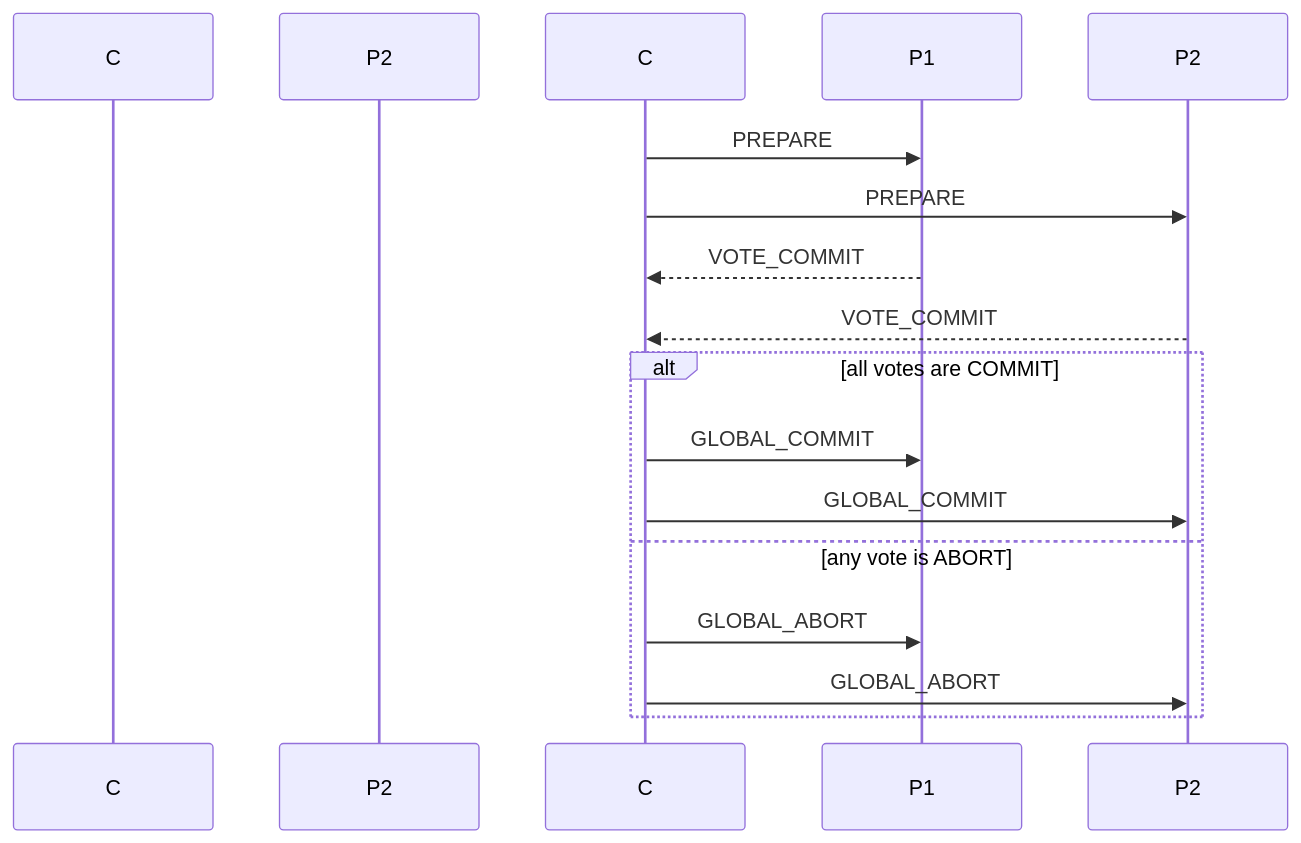
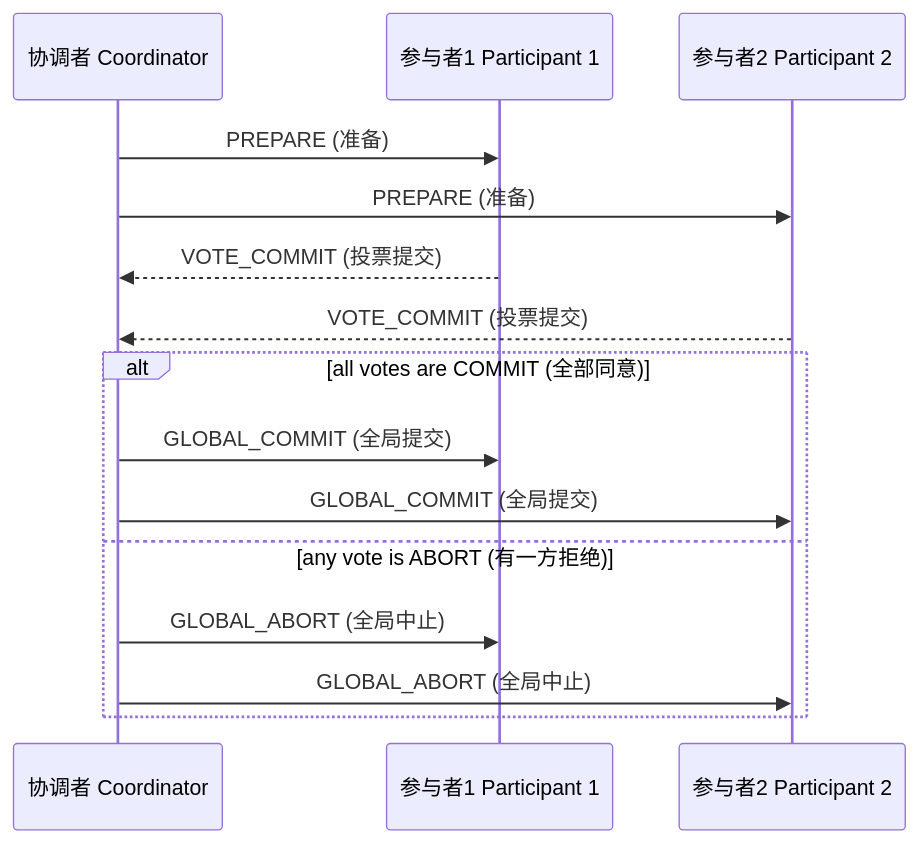
The first of 49 diagrams in docs/Refactor/11_Distributed_Systems_Theory/06.5_Distributed_Transactions_and_Storage.md (AdaMartin18010/FormalScience), drawn with Mermaid before and after one commit. The commit also changed other lines of this file and 171 other files, not shown here.

````diff
--- a/docs/Refactor/11_Distributed_Systems_Theory/06.5_Distributed_Transactions_and_Storage.md
+++ b/docs/Refactor/11_Distributed_Systems_Theory/06.5_Distributed_Transactions_and_Storage.md
@@ -50,19 +458,18 @@
 ```mermaid
 sequenceDiagram
-    participant Coordinator as C
-    participant Participant as P1
-    participant Participant as P2
+    participant C as 协调者 Coordinator
+    participant P1 as 参与者1 Participant 1
+    participant P2 as 参与者2 Participant 2
 
-    C->>P1: PREPARE
-    C->>P2: PREPARE
-    P1-->>C: VOTE_COMMIT
-    P2-->>C: VOTE_COMMIT
-    
-    alt all votes are COMMIT
-        C->>P1: GLOBAL_COMMIT
-        C->>P2: GLOBAL_COMMIT
-    else any vote is ABORT
-        C->>P1: GLOBAL_ABORT
-        C->>P2: GLOBAL_ABORT
+    C->>P1: PREPARE (准备)
+    C->>P2: PREPARE (准备)
+    P1-->>C: VOTE_COMMIT (投票提交)
+    P2-->>C: VOTE_COMMIT (投票提交)
+    alt all votes are COMMIT (全部同意)
+        C->>P1: GLOBAL_COMMIT (全局提交)
+        C->>P2: GLOBAL_COMMIT (全局提交)
+    else any vote is ABORT (有一方拒绝)
+        C->>P1: GLOBAL_ABORT (全局中止)
+        C->>P2: GLOBAL_ABORT (全局中止)
     end
 ```
````
